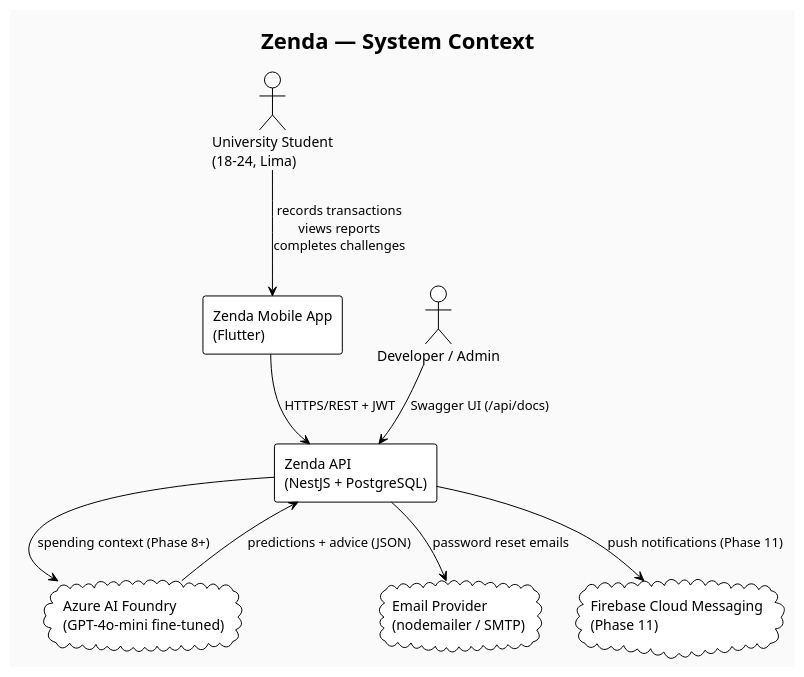
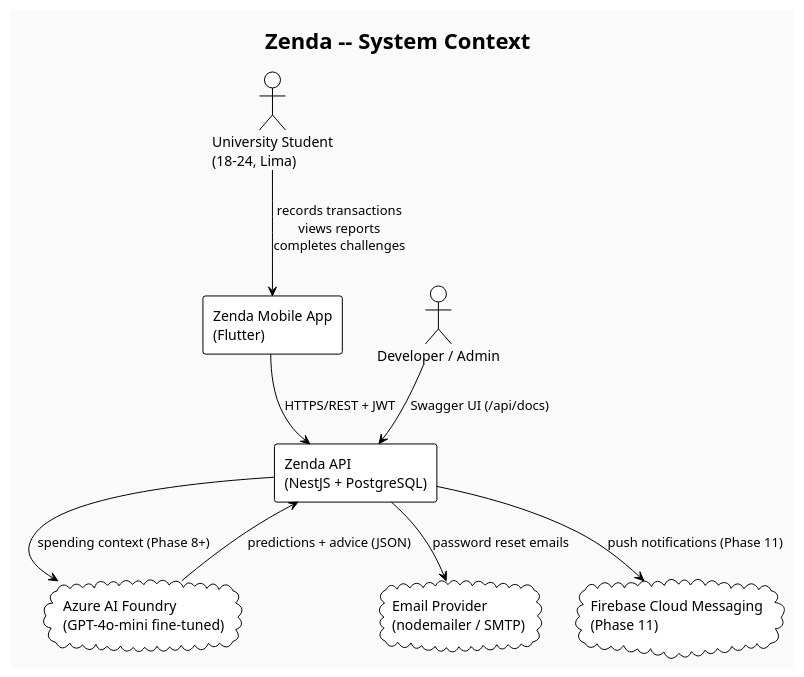
The first of 7 diagrams in docs/architecture.puml (Tesis-2026/zenda_monorepo_app), drawn with PlantUML before and after one commit. The commit also changed other lines of this file, not shown here.

First line of the commit message:
fix(docs): correct PlantUML syntax errors in architecture.puml

```diff
--- a/docs/architecture.puml
+++ b/docs/architecture.puml
@@ -11,24 +13,24 @@
 @startuml ZendaSystemContext
 !theme plain
 skinparam backgroundColor #FAFAFA
 
-title Zenda — System Context
+title Zenda -- System Context
 
 actor "University Student\n(18-24, Lima)" as User
 actor "Developer / Admin" as Dev
 
 rectangle "Zenda Mobile App\n(Flutter)" as App
 rectangle "Zenda API\n(NestJS + PostgreSQL)" as API
 cloud "Azure AI Foundry\n(GPT-4o-mini fine-tuned)" as AI
 cloud "Email Provider\n(nodemailer / SMTP)" as Email
 cloud "Firebase Cloud Messaging\n(Phase 11)" as FCM
 
 User --> App : records transactions\nviews reports\ncompletes challenges
 App --> API : HTTPS/REST + JWT
 API --> AI : spending context (Phase 8+)
 AI --> API : predictions + advice (JSON)
 API --> Email : password reset emails
 API --> FCM : push notifications (Phase 11)
 Dev --> API : Swagger UI (/api/docs)
 
 @enduml
```
